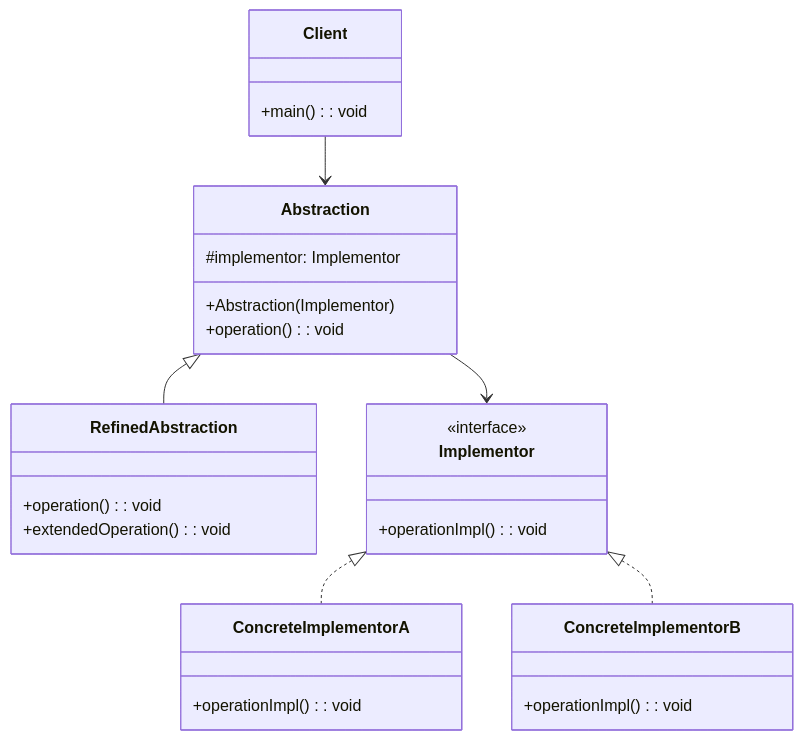
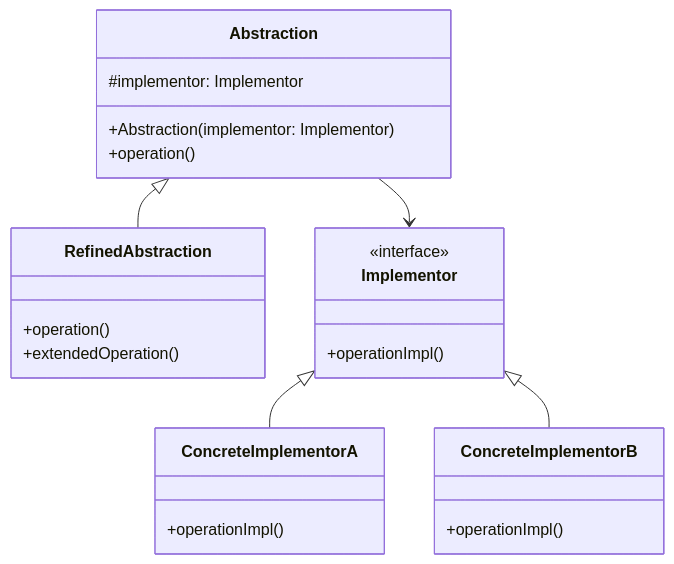
One commit to ANTHEM37/tool-box changed the first of 2 diagrams in docs/design-patterns/structural/bridge.md. Above: the diagram before and after it, drawn with Mermaid. The commit also changed other lines of this file and 29 other files, not shown here.

````diff
--- a/docs/design-patterns/structural/bridge.md
+++ b/docs/design-patterns/structural/bridge.md
@@ -18,36 +37,31 @@
 ```mermaid
 classDiagram
     class Abstraction {
         #implementor: Implementor
-        +Abstraction(Implementor)
-        +operation(): void
+        +Abstraction(implementor: Implementor)
+        +operation()
     }
-
+    
     class RefinedAbstraction {
-        +operation(): void
-        +extendedOperation(): void
+        +operation()
+        +extendedOperation()
     }
-
+    
     class Implementor {
         <<interface>>
-        +operationImpl(): void
+        +operationImpl()
     }
-
+    
     class ConcreteImplementorA {
-        +operationImpl(): void
+        +operationImpl()
     }
-
+    
     class ConcreteImplementorB {
-        +operationImpl(): void
+        +operationImpl()
     }
-
-    class Client {
-        +main(): void
-    }
-
+    
     Abstraction <|-- RefinedAbstraction
     Abstraction --> Implementor
-    Implementor <|.. ConcreteImplementorA
-    Implementor <|.. ConcreteImplementorB
-    Client --> Abstraction
+    Implementor <|-- ConcreteImplementorA
+    Implementor <|-- ConcreteImplementorB
 ```
````
